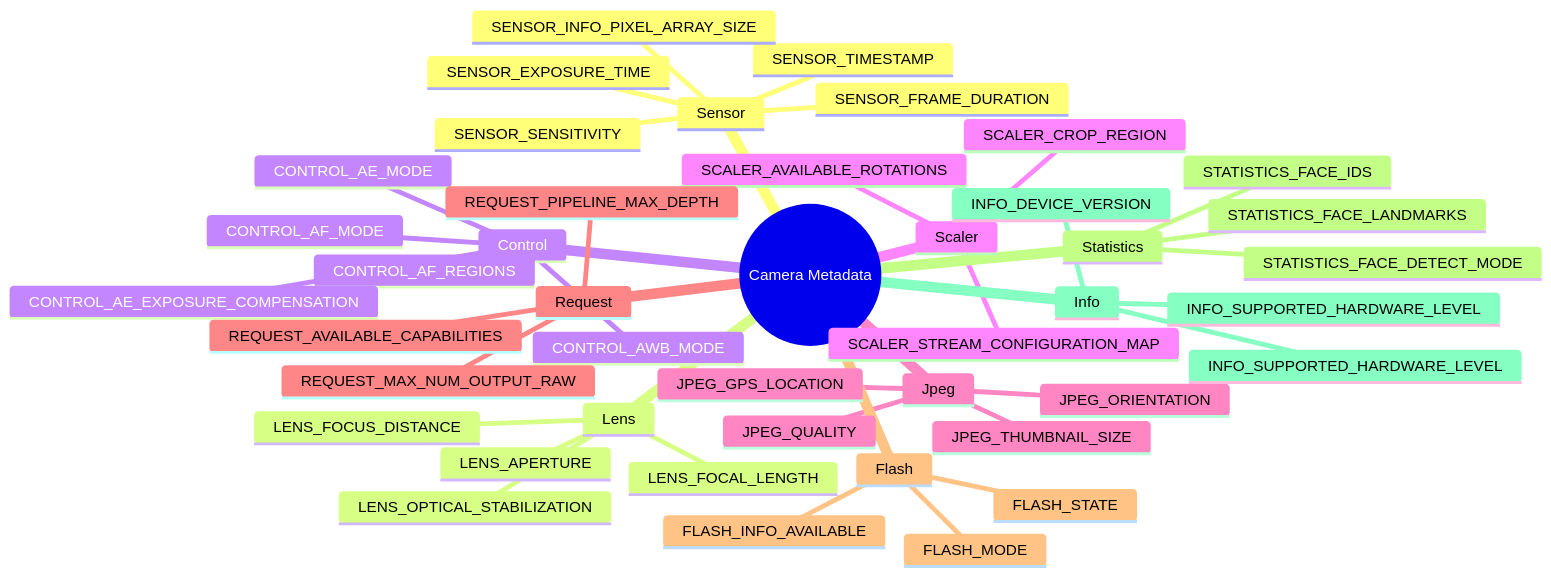
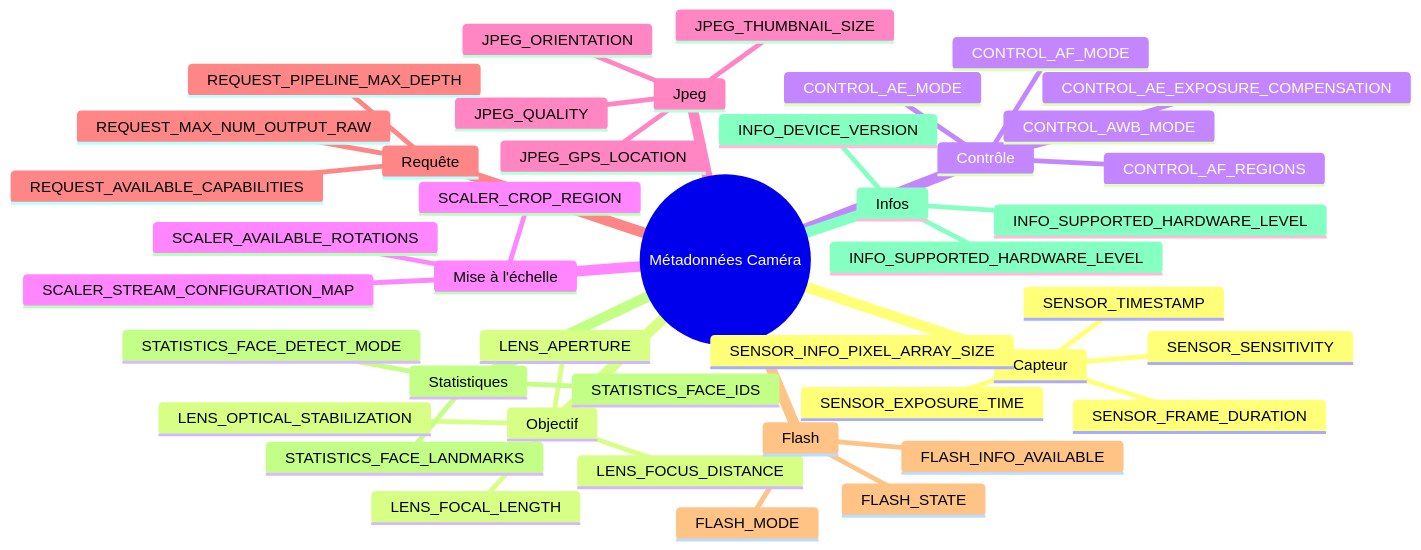
The third of 3 diagrams in website/i18n/fr/docusaurus-plugin-content-docs/current/camera2/cameracharacteristics-deep-dive.md (zoozooll/AndroidCameraParameters), drawn with Mermaid before and after one commit. The commit also changed other lines of this file and 378 other files, not shown here.

````diff
--- a/website/i18n/fr/docusaurus-plugin-content-docs/current/camera2/cameracharacteristics-deep-dive.md
+++ b/website/i18n/fr/docusaurus-plugin-content-docs/current/camera2/cameracharacteristics-deep-dive.md
@@ -294,46 +294,46 @@
 ```mermaid
 mindmap
-  root((Camera Metadata))
-    Sensor
+  root((Métadonnées Caméra))
+    Capteur
       SENSOR_EXPOSURE_TIME
       SENSOR_SENSITIVITY
       SENSOR_FRAME_DURATION
       SENSOR_TIMESTAMP
       SENSOR_INFO_PIXEL_ARRAY_SIZE
-    Lens
+    Objectif
       LENS_FOCUS_DISTANCE
       LENS_APERTURE
       LENS_FOCAL_LENGTH
       LENS_OPTICAL_STABILIZATION
-    Control
+    Contrôle
       CONTROL_AF_MODE
       CONTROL_AE_MODE
       CONTROL_AWB_MODE
       CONTROL_AF_REGIONS
       CONTROL_AE_EXPOSURE_COMPENSATION
-    Scaler
+    Mise à l'échelle
       SCALER_CROP_REGION
       SCALER_STREAM_CONFIGURATION_MAP
       SCALER_AVAILABLE_ROTATIONS
     Jpeg
       JPEG_QUALITY
       JPEG_ORIENTATION
       JPEG_GPS_LOCATION
       JPEG_THUMBNAIL_SIZE
-    Request
+    Requête
       REQUEST_AVAILABLE_CAPABILITIES
       REQUEST_PIPELINE_MAX_DEPTH
       REQUEST_MAX_NUM_OUTPUT_RAW
     Flash
       FLASH_INFO_AVAILABLE
       FLASH_MODE
       FLASH_STATE
-    Statistics
+    Statistiques
       STATISTICS_FACE_DETECT_MODE
       STATISTICS_FACE_IDS
       STATISTICS_FACE_LANDMARKS
-    Info
+    Infos
       INFO_SUPPORTED_HARDWARE_LEVEL
       INFO_DEVICE_VERSION
       INFO_SUPPORTED_HARDWARE_LEVEL
 ```
````
